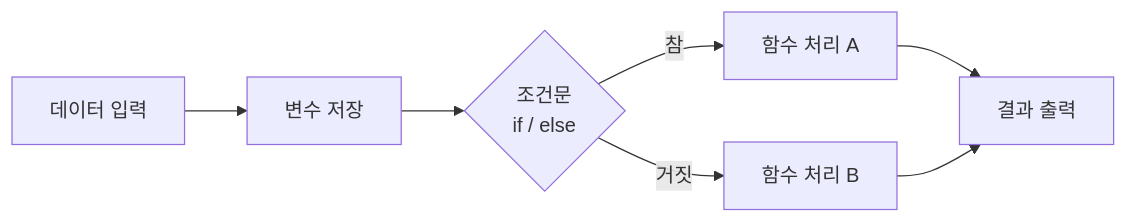
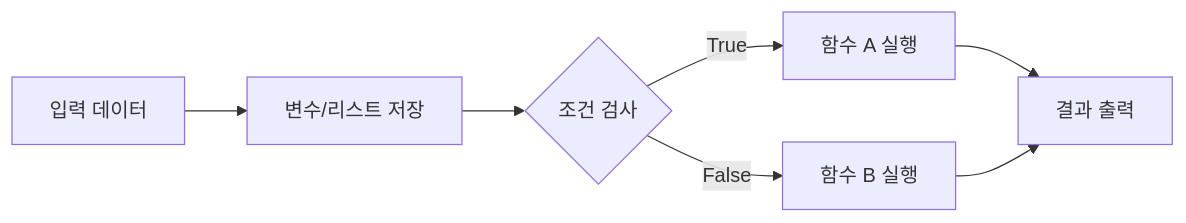
The diagram in curriculum/week02.md (sujinchoo/Ai.build.education), drawn with Mermaid before and after one commit. The commit also changed other lines of this file and 23 other files, not shown here.

````diff
--- a/curriculum/week02.md
+++ b/curriculum/week02.md
@@ -16,10 +20,9 @@
 ```mermaid
 flowchart LR
-    D[데이터 입력] --> V[변수 저장]
-    V --> IF{조건문
-if / else}
-    IF -->|참| F1[함수 처리 A]
-    IF -->|거짓| F2[함수 처리 B]
-    F1 --> R[결과 출력]
-    F2 --> R
+    D[입력 데이터] --> V[변수/리스트 저장]
+    V --> IF{조건 검사}
+    IF -->|True| A[함수 A 실행]
+    IF -->|False| B[함수 B 실행]
+    A --> R[결과 출력]
+    B --> R
 ```
````
